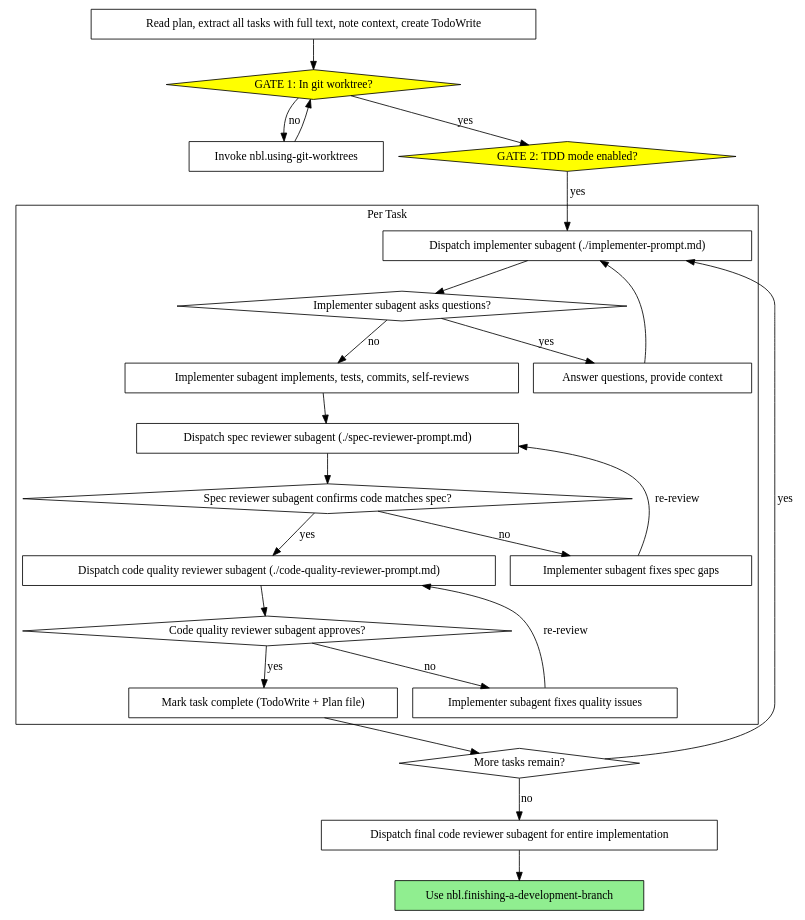
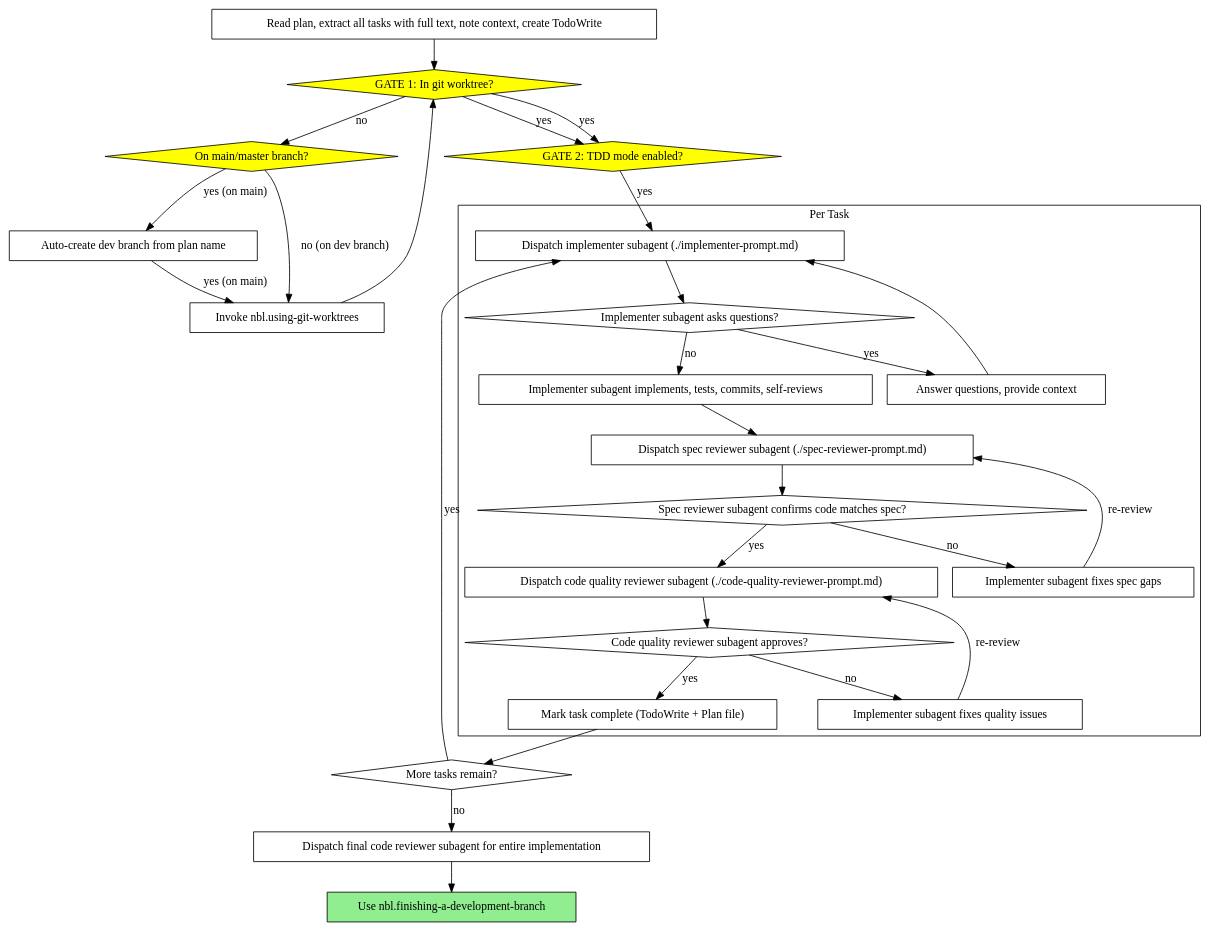
Before and after one commit to icefrag/guozhi-claude-code: the second of 2 diagrams in skills/nbl.subagent-driven-development/SKILL.md, drawn with Graphviz. The commit also changed other lines of this file and 3 other files, not shown here.

Commit message:
fix: parallel-subagent worktree creation - avoid creating root worktree without taskid, add auto dev branch creation on main

````diff
--- a/skills/nbl.subagent-driven-development/SKILL.md
+++ b/skills/nbl.subagent-driven-development/SKILL.md
@@ -58,51 +60,56 @@
 ```dot
 digraph process {
     rankdir=TB;
 
     subgraph cluster_per_task {
         label="Per Task";
         "Dispatch implementer subagent (./implementer-prompt.md)" [shape=box];
         "Implementer subagent asks questions?" [shape=diamond];
         "Answer questions, provide context" [shape=box];
         "Implementer subagent implements, tests, commits, self-reviews" [shape=box];
         "Dispatch spec reviewer subagent (./spec-reviewer-prompt.md)" [shape=box];
         "Spec reviewer subagent confirms code matches spec?" [shape=diamond];
         "Implementer subagent fixes spec gaps" [shape=box];
         "Dispatch code quality reviewer subagent (./code-quality-reviewer-prompt.md)" [shape=box];
         "Code quality reviewer subagent approves?" [shape=diamond];
         "Implementer subagent fixes quality issues" [shape=box];
         "Mark task complete (TodoWrite + Plan file)" [shape=box];
     }
 
     "Read plan, extract all tasks with full text, note context, create TodoWrite" [shape=box];
     "GATE 1: In git worktree?" [shape=diamond style=filled fillcolor=yellow];
+    "On main/master branch?" [shape=diamond style=filled fillcolor=yellow];
+    "Auto-create dev branch from plan name" [shape=box];
     "Invoke nbl.using-git-worktrees" [shape=box];
     "GATE 2: TDD mode enabled?" [shape=diamond style=filled fillcolor=yellow];
     "More tasks remain?" [shape=diamond];
     "Dispatch final code reviewer subagent for entire implementation" [shape=box];
     "Use nbl.finishing-a-development-branch" [shape=box style=filled fillcolor=lightgreen];
 
     "Read plan, extract all tasks with full text, note context, create TodoWrite" -> "GATE 1: In git worktree?";
-    "GATE 1: In git worktree?" -> "Invoke nbl.using-git-worktrees" [label="no"];
+    "GATE 1: In git worktree?" -> "GATE 2: TDD mode enabled?" [label="yes"];
+    "GATE 1: In git worktree?" -> "On main/master branch?" [label="no"];
+    "On main/master branch?" -> "Invoke nbl.using-git-worktrees" [label="no (on dev branch)"];
+    "On main/master branch?" -> "Auto-create dev branch from plan name" -> "Invoke nbl.using-git-worktrees" [label="yes (on main)"];
     "Invoke nbl.using-git-worktrees" -> "GATE 1: In git worktree?";
     "GATE 1: In git worktree?" -> "GATE 2: TDD mode enabled?" [label="yes"];
     "GATE 2: TDD mode enabled?" -> "Dispatch implementer subagent (./implementer-prompt.md)" [label="yes"];
     "Dispatch implementer subagent (./implementer-prompt.md)" -> "Implementer subagent asks questions?";
     "Implementer subagent asks questions?" -> "Answer questions, provide context" [label="yes"];
     "Answer questions, provide context" -> "Dispatch implementer subagent (./implementer-prompt.md)";
     "Implementer subagent asks questions?" -> "Implementer subagent implements, tests, commits, self-reviews" [label="no"];
     "Implementer subagent implements, tests, commits, self-reviews" -> "Dispatch spec reviewer subagent (./spec-reviewer-prompt.md)";
     "Dispatch spec reviewer subagent (./spec-reviewer-prompt.md)" -> "Spec reviewer subagent confirms code matches spec?";
     "Spec reviewer subagent confirms code matches spec?" -> "Implementer subagent fixes spec gaps" [label="no"];
     "Implementer subagent fixes spec gaps" -> "Dispatch spec reviewer subagent (./spec-reviewer-prompt.md)" [label="re-review"];
     "Spec reviewer subagent confirms code matches spec?" -> "Dispatch code quality reviewer subagent (./code-quality-reviewer-prompt.md)" [label="yes"];
     "Dispatch code quality reviewer subagent (./code-quality-reviewer-prompt.md)" -> "Code quality reviewer subagent approves?";
     "Code quality reviewer subagent approves?" -> "Implementer subagent fixes quality issues" [label="no"];
     "Implementer subagent fixes quality issues" -> "Dispatch code quality reviewer subagent (./code-quality-reviewer-prompt.md)" [label="re-review"];
     "Code quality reviewer subagent approves?" -> "Mark task complete (TodoWrite + Plan file)" [label="yes"];
     "Mark task complete (TodoWrite + Plan file)" -> "More tasks remain?";
     "More tasks remain?" -> "Dispatch implementer subagent (./implementer-prompt.md)" [label="yes"];
     "More tasks remain?" -> "Dispatch final code reviewer subagent for entire implementation" [label="no"];
     "Dispatch final code reviewer subagent for entire implementation" -> "Use nbl.finishing-a-development-branch";
 }
 ```
````
